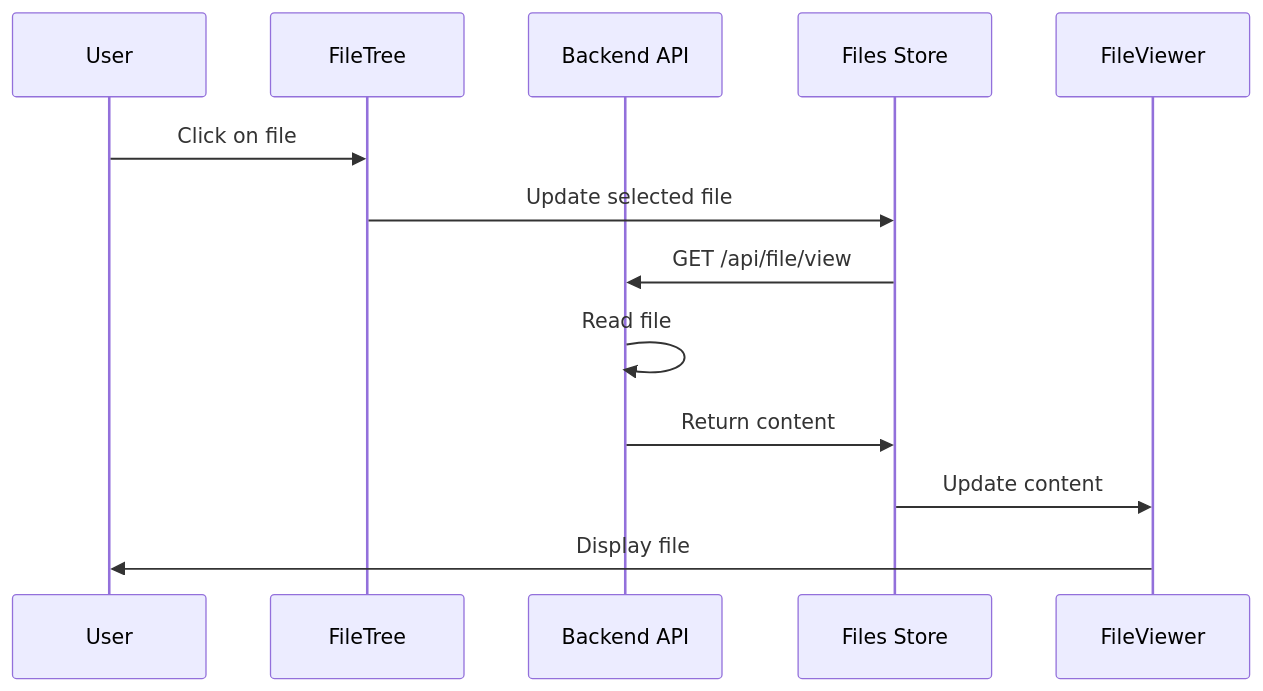
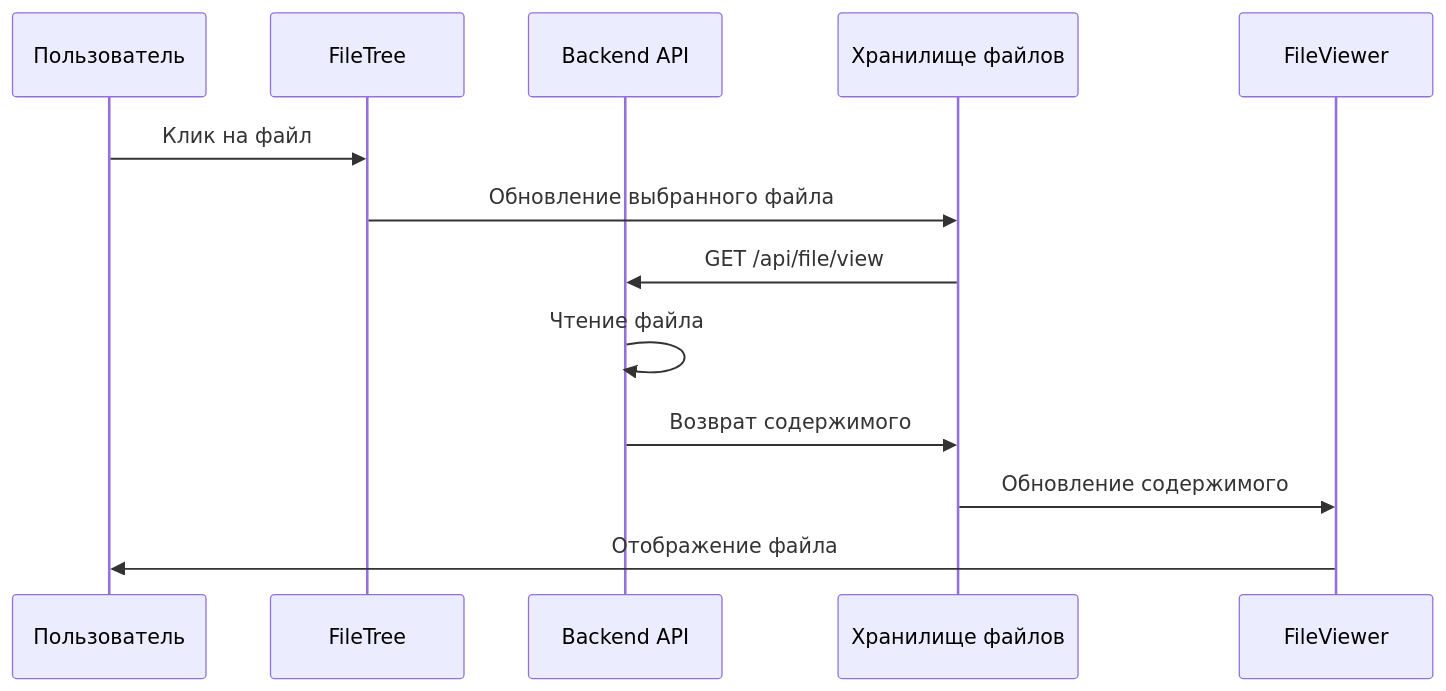
Before and after one commit to WhiteBite/LocalGitMirror: the third of 5 diagrams in docs/ARCHITECTURE.md, drawn with Mermaid. The commit also changed other lines of this file and 132 other files, not shown here.

````diff
--- a/docs/ARCHITECTURE.md
+++ b/docs/ARCHITECTURE.md
@@ -196,16 +196,16 @@
 ```mermaid
 sequenceDiagram
-    participant U as User
+    participant U as Пользователь
     participant FT as FileTree
     participant API as Backend API
-    participant FS as Files Store
+    participant FS as Хранилище файлов
     participant FV as FileViewer
     
-    U->>FT: Click on file
-    FT->>FS: Update selected file
+    U->>FT: Клик на файл
+    FT->>FS: Обновление выбранного файла
     FS->>API: GET /api/file/view
-    API->>API: Read file
-    API->>FS: Return content
-    FS->>FV: Update content
-    FV->>U: Display file
+    API->>API: Чтение файла
+    API->>FS: Возврат содержимого
+    FS->>FV: Обновление содержимого
+    FV->>U: Отображение файла
 ```
````
